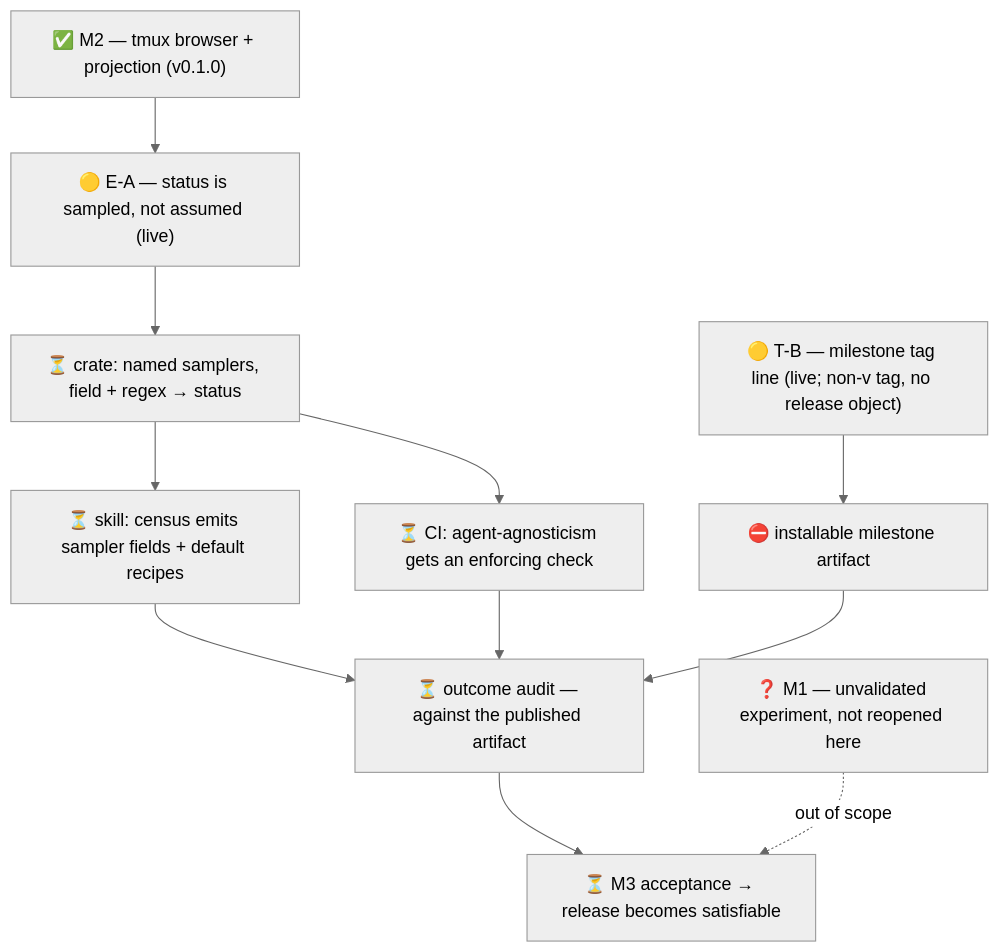
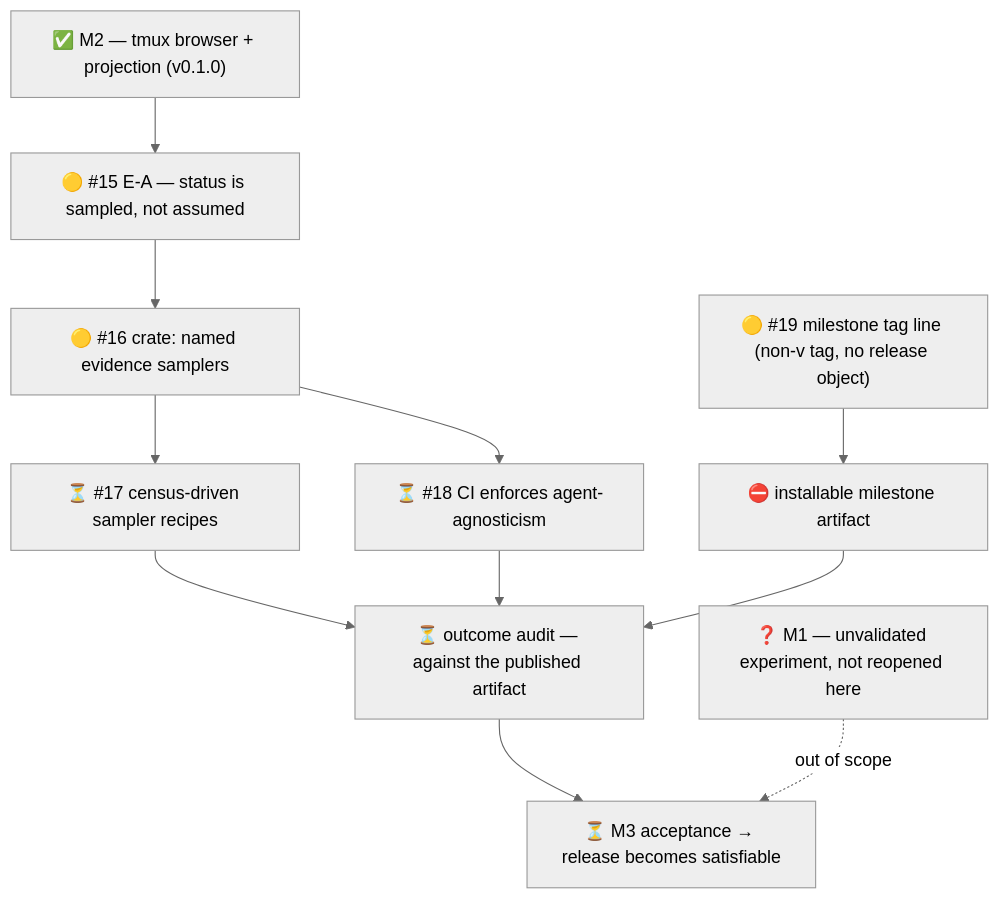
One commit to lambdasistemi/factory-tui changed the diagram in .milestones/3/state.md. Above: the diagram before and after it, drawn with Mermaid (neutral theme). The commit also changed other lines of this file and 2 other files, not shown here.

Commit message:
milestones: 3 2026-08-13T16:31:21Z

````diff
--- a/.milestones/3/state.md
+++ b/.milestones/3/state.md
@@ -11,23 +11,23 @@
 ```mermaid
 flowchart TD
   M2["✅ M2 — tmux browser + projection (v0.1.0)"]
-  EA["🟡 E-A — status is sampled, not assumed (live)"]
-  EA1["⏳ crate: named samplers, field + regex → status"]
-  EA2["⏳ skill: census emits sampler fields + default recipes"]
-  EA3["⏳ CI: agent-agnosticism gets an enforcing check"]
-  TB["🟡 T-B — milestone tag line (live; non-v tag, no release object)"]
+  EA["🟡 #15 E-A — status is sampled, not assumed"]
+  EA1["🟡 #16 crate: named evidence samplers"]
+  EA2["⏳ #17 census-driven sampler recipes"]
+  EA3["⏳ #18 CI enforces agent-agnosticism"]
+  TB["🟡 #19 milestone tag line (non-v tag, no release object)"]
   ART["⛔ installable milestone artifact"]
   AUD["⏳ outcome audit — against the published artifact"]
   ACC["⏳ M3 acceptance → release becomes satisfiable"]
   M1["❓ M1 — unvalidated experiment, not reopened here"]
 
   M2 --> EA
   EA --> EA1 --> EA2
   EA1 --> EA3
   TB --> ART
   EA2 --> AUD
   EA3 --> AUD
   ART --> AUD
   AUD --> ACC
   M1 -.->|out of scope| ACC
 ```
````
